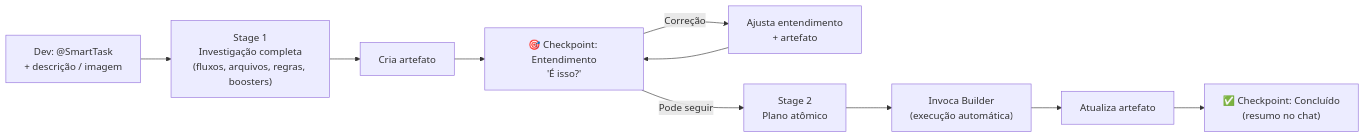
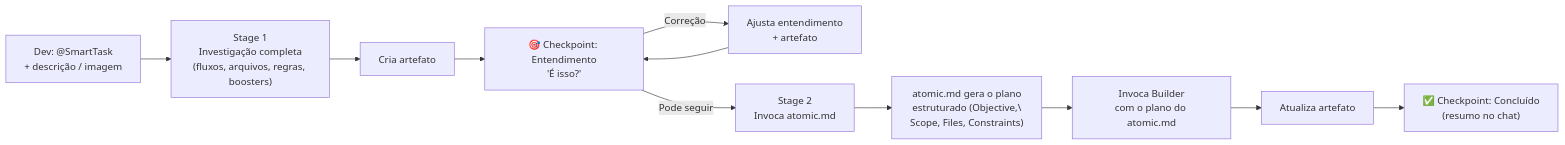
One commit to MaikonRodrigs/dev-booster changed the diagram in template/.devbooster/boosters/smart-task.md. Above: the diagram before and after it, drawn with Mermaid. The commit also changed other lines of this file and 52 other files, not shown here.

````diff
--- a/template/.devbooster/boosters/smart-task.md
+++ b/template/.devbooster/boosters/smart-task.md
@@ -266,12 +276,13 @@
 ```mermaid
 flowchart LR
     A["Dev: @SmartTask<br/>+ descrição / imagem"] --> B["Stage 1<br/>Investigação completa<br/>(fluxos, arquivos, regras, boosters)"]
     B --> C["Cria artefato"]
     C --> D["🎯 Checkpoint: Entendimento<br/>'É isso?'"]
     D -->|"Correção"| E["Ajusta entendimento<br/>+ artefato"]
     E --> D
-    D -->|"Pode seguir"| F["Stage 2<br/>Plano atômico"]
-    F --> G["Invoca Builder<br/>(execução automática)"]
-    G --> H["Atualiza artefato"]
-    H --> I["✅ Checkpoint: Concluído<br/>(resumo no chat)"]
+    D -->|"Pode seguir"| F["Stage 2<br/>Invoca atomic.md"]
+    F --> G["atomic.md gera o plano<br/>estruturado (Objective,\<br/>Scope, Files, Constraints)"]
+    G --> H["Invoca Builder<br/>com o plano do atomic.md"]
+    H --> I["Atualiza artefato"]
+    I --> J["✅ Checkpoint: Concluído<br/>(resumo no chat)"]
 ```
````
